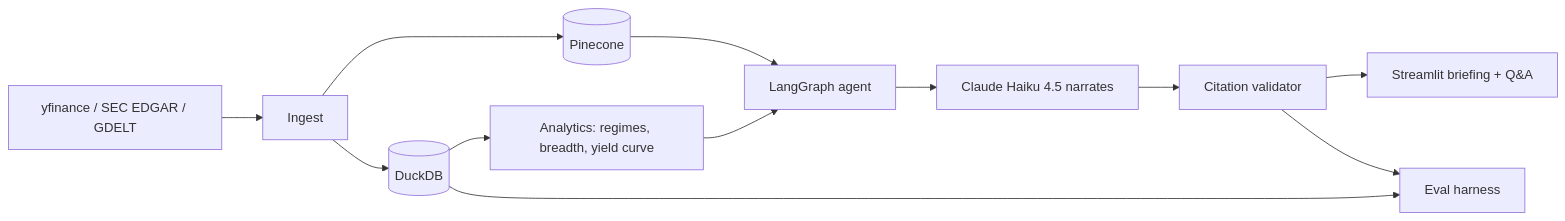
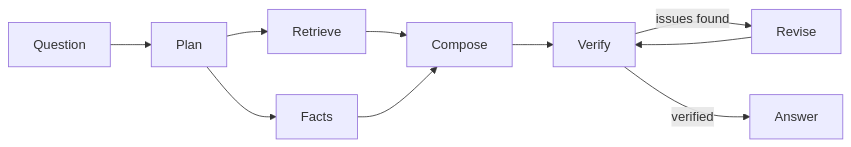
The diagram in README.md (AtharvaMusale/finsight), drawn with Mermaid before and after one commit. The commit also changed other lines of this file, not shown here.

````diff
--- a/README.md
+++ b/README.md
@@ -18,14 +19,12 @@
 ```mermaid
 flowchart LR
-    S[yfinance / SEC EDGAR / GDELT] --> I[Ingest]
-    I --> D[(DuckDB)]
-    I --> PC[(Pinecone)]
-    D --> A[Analytics: regimes, breadth, yield curve]
-    A --> G[LangGraph agent]
-    PC --> G
-    G --> L[Claude Haiku 4.5 narrates]
-    L --> V[Citation validator]
-    V --> UI[Streamlit briefing + Q&A]
-    D --> E[Eval harness]
-    V --> E
+    Q[Question] --> P[Plan]
+    P --> R[Retrieve]
+    P --> F[Facts]
+    R --> C[Compose]
+    F --> C
+    C --> V[Verify]
+    V -->|issues found| RV[Revise]
+    RV --> V
+    V -->|verified| A[Answer]
 ```
````
